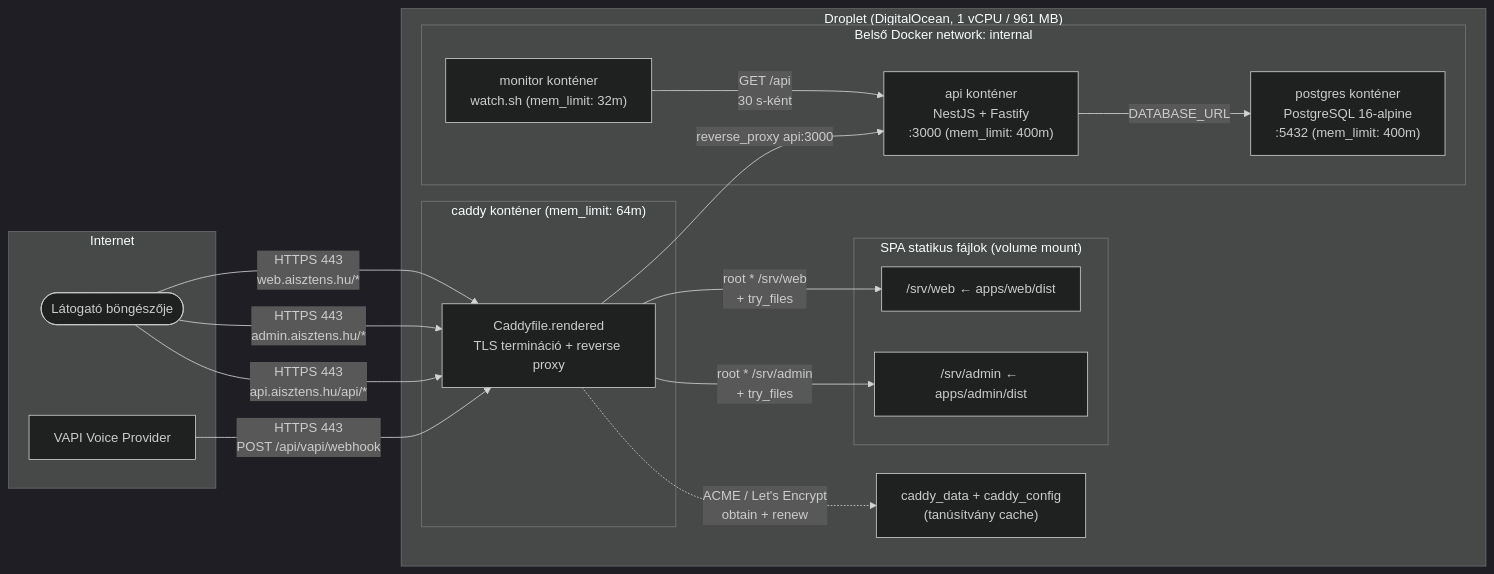
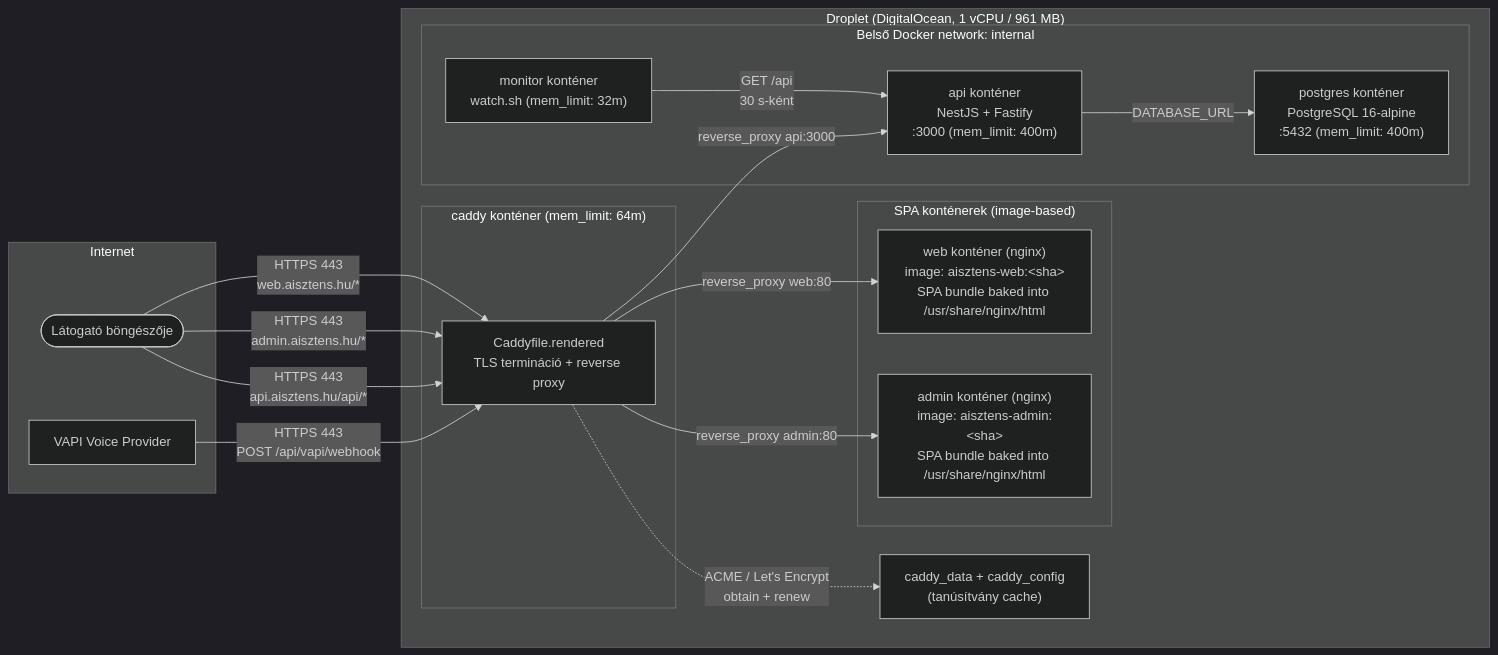
The first of 3 diagrams in docs/Specs/Caddy-Reverse-Proxy.md (zakzag/ai-sztens-dev), drawn with Mermaid (dark theme) before and after one commit. The commit also changed other lines of this file and 34 other files, not shown here.

````diff
--- a/docs/Specs/Caddy-Reverse-Proxy.md
+++ b/docs/Specs/Caddy-Reverse-Proxy.md
@@ -57,39 +59,39 @@
 ```mermaid
 flowchart LR
     subgraph Internet
         Visitor([Látogató böngészője])
         VAPI[VAPI Voice Provider]
     end
 
     subgraph Host["Droplet (DigitalOcean, 1 vCPU / 961 MB)"]
         subgraph Caddy["caddy konténer (mem_limit: 64m)"]
             CF["Caddyfile.rendered<br/>TLS termináció + reverse proxy"]
         end
 
-        subgraph SPA["SPA statikus fájlok (volume mount)"]
-            Web["/srv/web ← apps/web/dist"]
-            Admin["/srv/admin ← apps/admin/dist"]
+        subgraph SPA["SPA konténerek (image-based)"]
+            Web["web konténer (nginx)<br/>image: aisztens-web:&lt;sha&gt;<br/>SPA bundle baked into /usr/share/nginx/html"]
+            Admin["admin konténer (nginx)<br/>image: aisztens-admin:&lt;sha&gt;<br/>SPA bundle baked into /usr/share/nginx/html"]
         end
 
         subgraph Backend["Belső Docker network: internal"]
             API["api konténer<br/>NestJS + Fastify<br/>:3000 (mem_limit: 400m)"]
             DB["postgres konténer<br/>PostgreSQL 16-alpine<br/>:5432 (mem_limit: 400m)"]
             MON["monitor konténer<br/>watch.sh (mem_limit: 32m)"]
         end
 
         Vol["caddy_data + caddy_config<br/>(tanúsítvány cache)"]
     end
 
     Visitor -- "HTTPS 443<br/>web.aisztens.hu/*" --> CF
     Visitor -- "HTTPS 443<br/>admin.aisztens.hu/*" --> CF
     Visitor -- "HTTPS 443<br/>api.aisztens.hu/api/*" --> CF
     VAPI -- "HTTPS 443<br/>POST /api/vapi/webhook" --> CF
 
     CF -- "reverse_proxy api:3000" --> API
-    CF -- "root * /srv/web<br/>+ try_files" --> Web
-    CF -- "root * /srv/admin<br/>+ try_files" --> Admin
+    CF -- "reverse_proxy web:80" --> Web
+    CF -- "reverse_proxy admin:80" --> Admin
     CF -. "ACME / Let's Encrypt<br/>obtain + renew" .-> Vol
 
     API -- "DATABASE_URL" --> DB
     MON -- "GET /api<br/>30 s-ként" --> API
 ```
````
